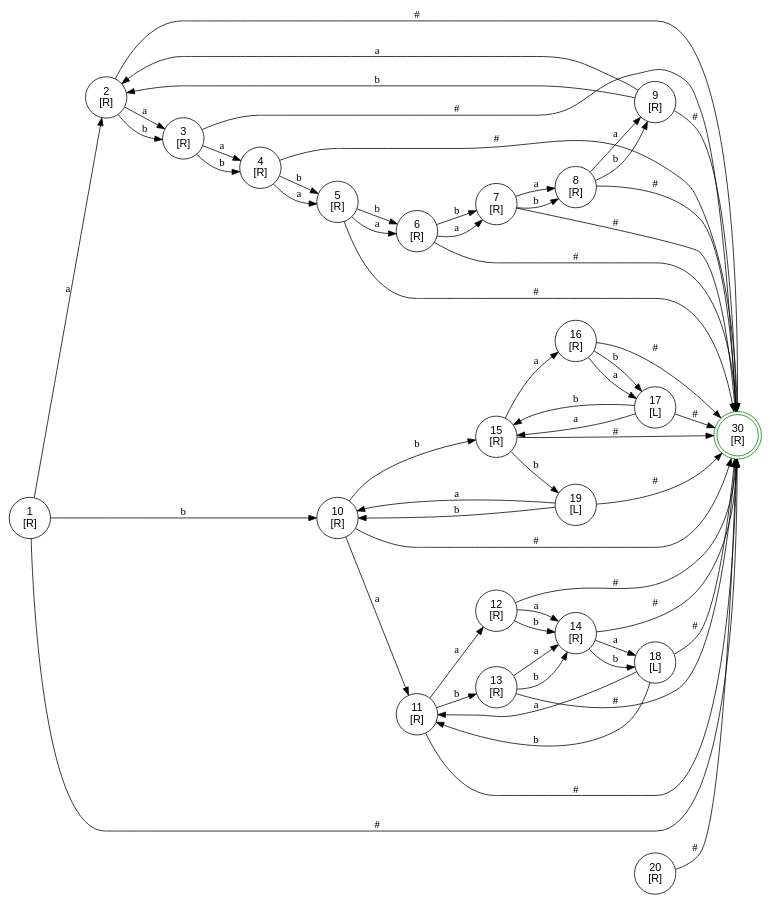
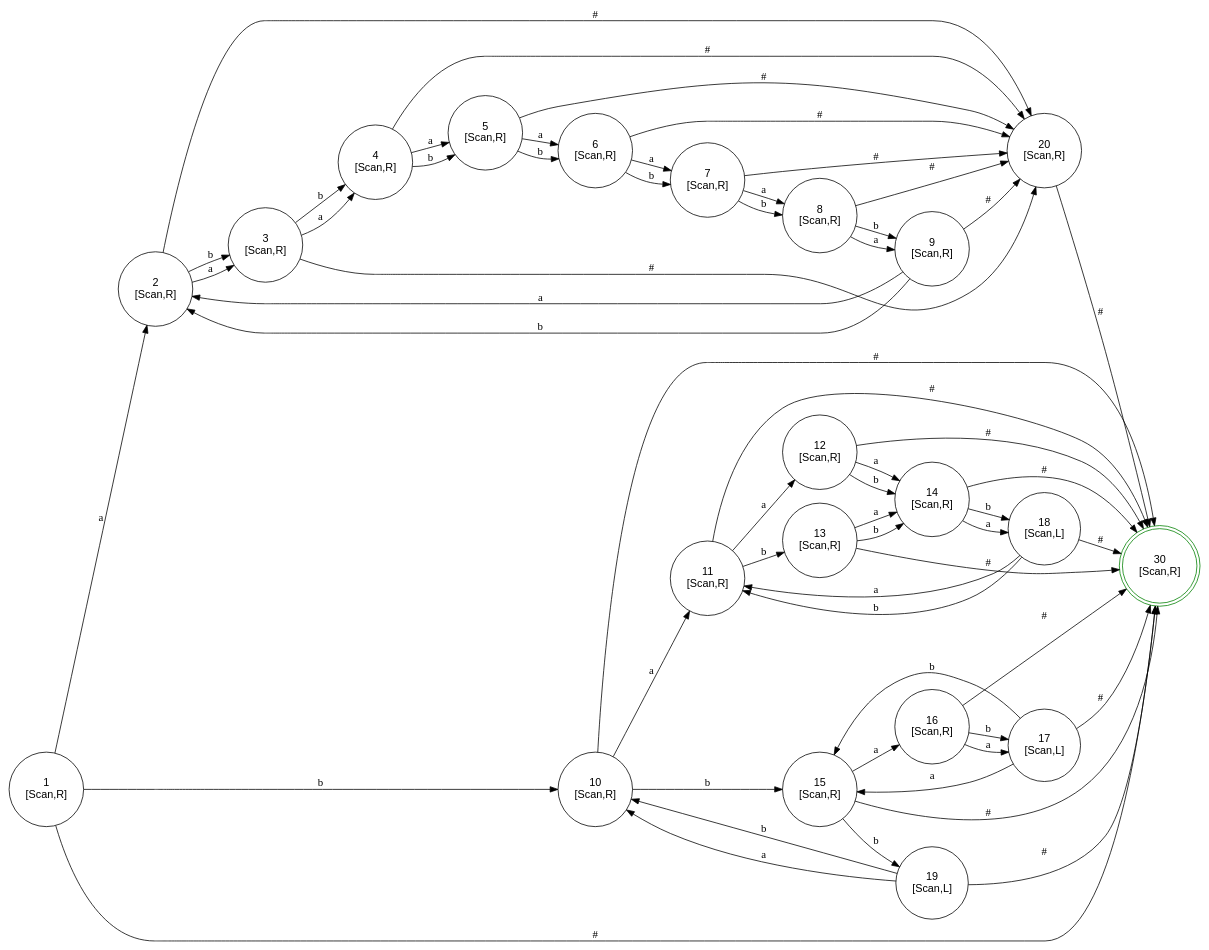
One commit to kokobabe99/turing_point changed the diagram in dots/twa.dot. Above: the diagram before and after it, drawn with Graphviz. The commit also changed 11 other files, not shown here.

```diff
--- a/dots/twa.dot
+++ b/dots/twa.dot
@@ -1,82 +1,82 @@
 digraph FSM {
   rankdir=LR; node [shape=circle, fontname="Arial"];
-  1 [label="1\n[R]", shape=circle];
+  1 [label="1\n[Scan,R]", shape=circle];
   1 -> 2 [label="a"];
   1 -> 10 [label="b"];
   1 -> 30 [label="#"];
-  2 [label="2\n[R]", shape=circle];
+  2 [label="2\n[Scan,R]", shape=circle];
+  2 -> 20 [label="#"];
   2 -> 3 [label="a"];
   2 -> 3 [label="b"];
-  2 -> 30 [label="#"];
-  3 [label="3\n[R]", shape=circle];
+  3 [label="3\n[Scan,R]", shape=circle];
   3 -> 4 [label="a"];
   3 -> 4 [label="b"];
-  3 -> 30 [label="#"];
-  4 [label="4\n[R]", shape=circle];
+  3 -> 20 [label="#"];
+  4 [label="4\n[Scan,R]", shape=circle];
   4 -> 5 [label="a"];
   4 -> 5 [label="b"];
-  4 -> 30 [label="#"];
-  5 [label="5\n[R]", shape=circle];
+  4 -> 20 [label="#"];
+  5 [label="5\n[Scan,R]", shape=circle];
   5 -> 6 [label="a"];
   5 -> 6 [label="b"];
-  5 -> 30 [label="#"];
-  6 [label="6\n[R]", shape=circle];
+  5 -> 20 [label="#"];
+  6 [label="6\n[Scan,R]", shape=circle];
+  6 -> 20 [label="#"];
+  6 -> 7 [label="a"];
   6 -> 7 [label="b"];
-  6 -> 30 [label="#"];
-  6 -> 7 [label="a"];
-  7 [label="7\n[R]", shape=circle];
+  7 [label="7\n[Scan,R]", shape=circle];
+  7 -> 8 [label="b"];
+  7 -> 20 [label="#"];
   7 -> 8 [label="a"];
-  7 -> 8 [label="b"];
-  7 -> 30 [label="#"];
-  8 [label="8\n[R]", shape=circle];
+  8 [label="8\n[Scan,R]", shape=circle];
   8 -> 9 [label="a"];
   8 -> 9 [label="b"];
-  8 -> 30 [label="#"];
-  9 [label="9\n[R]", shape=circle];
+  8 -> 20 [label="#"];
+  9 [label="9\n[Scan,R]", shape=circle];
   9 -> 2 [label="a"];
   9 -> 2 [label="b"];
-  9 -> 30 [label="#"];
-  10 [label="10\n[R]", shape=circle];
+  9 -> 20 [label="#"];
+  10 [label="10\n[Scan,R]", shape=circle];
   10 -> 11 [label="a"];
   10 -> 15 [label="b"];
   10 -> 30 [label="#"];
-  11 [label="11\n[R]", shape=circle];
-  11 -> 30 [label="#"];
+  11 [label="11\n[Scan,R]", shape=circle];
   11 -> 12 [label="a"];
   11 -> 13 [label="b"];
-  12 [label="12\n[R]", shape=circle];
-  12 -> 30 [label="#"];
+  11 -> 30 [label="#"];
+  12 [label="12\n[Scan,R]", shape=circle];
   12 -> 14 [label="a"];
   12 -> 14 [label="b"];
-  13 [label="13\n[R]", shape=circle];
+  12 -> 30 [label="#"];
+  13 [label="13\n[Scan,R]", shape=circle];
+  13 -> 14 [label="a"];
   13 -> 14 [label="b"];
   13 -> 30 [label="#"];
-  13 -> 14 [label="a"];
-  14 [label="14\n[R]", shape=circle];
-  14 -> 18 [label="a"];
+  14 [label="14\n[Scan,R]", shape=circle];
   14 -> 18 [label="b"];
   14 -> 30 [label="#"];
-  15 [label="15\n[R]", shape=circle];
+  14 -> 18 [label="a"];
+  15 [label="15\n[Scan,R]", shape=circle];
   15 -> 16 [label="a"];
   15 -> 19 [label="b"];
   15 -> 30 [label="#"];
-  16 [label="16\n[R]", shape=circle];
-  16 -> 17 [label="a"];
+  16 [label="16\n[Scan,R]", shape=circle];
   16 -> 17 [label="b"];
   16 -> 30 [label="#"];
-  17 [label="17\n[L]", shape=circle];
+  16 -> 17 [label="a"];
+  17 [label="17\n[Scan,L]", shape=circle];
+  17 -> 15 [label="a"];
   17 -> 15 [label="b"];
   17 -> 30 [label="#"];
-  17 -> 15 [label="a"];
-  18 [label="18\n[L]", shape=circle];
+  18 [label="18\n[Scan,L]", shape=circle];
   18 -> 11 [label="a"];
   18 -> 11 [label="b"];
   18 -> 30 [label="#"];
-  19 [label="19\n[L]", shape=circle];
+  19 [label="19\n[Scan,L]", shape=circle];
+  19 -> 10 [label="b"];
   19 -> 30 [label="#"];
   19 -> 10 [label="a"];
-  19 -> 10 [label="b"];
-  20 [label="20\n[R]", shape=circle];
+  20 [label="20\n[Scan,R]", shape=circle];
   20 -> 30 [label="#"];
-  30 [label="30\n[R]", shape=doublecircle, color="green"];
+  30 [label="30\n[Scan,R]", shape=doublecircle, color="green"];
 }
```
